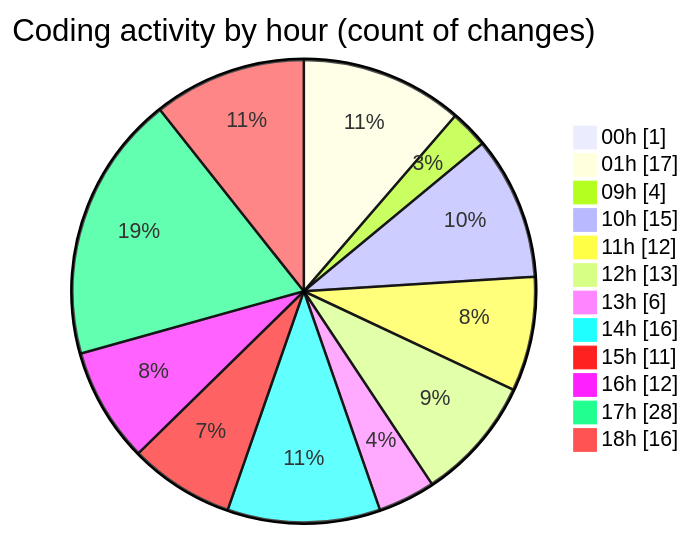
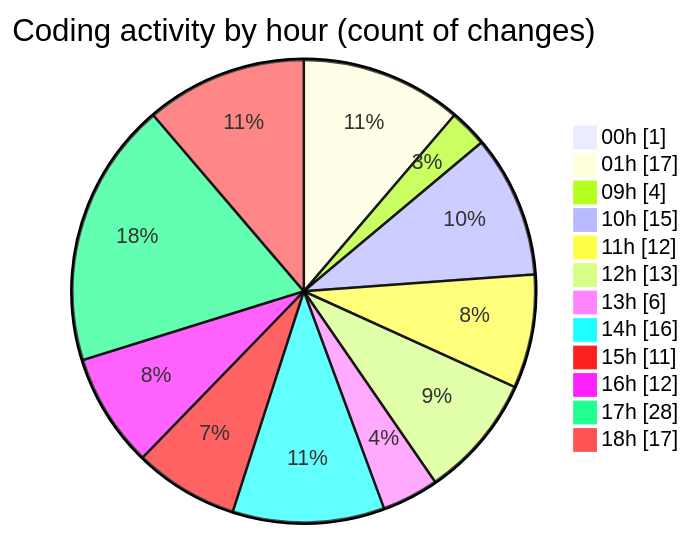
Before and after one commit to julien-gomy/code-tracking: the second of 2 diagrams in 2025-11-01/cdp_aleoudev_fr__workspace_/README.md, drawn with Mermaid. The commit also changed other lines of this file and 1 other file, not shown here.

````diff
--- a/2025-11-01/cdp_aleoudev_fr__workspace_/README.md
+++ b/2025-11-01/cdp_aleoudev_fr__workspace_/README.md
@@ -49,16 +49,16 @@
 ```mermaid
 pie showData
 title Coding activity by hour (count of changes)
 "00h" : 1
 "01h" : 17
 "09h" : 4
 "10h" : 15
 "11h" : 12
 "12h" : 13
 "13h" : 6
 "14h" : 16
 "15h" : 11
 "16h" : 12
 "17h" : 28
-"18h" : 16
+"18h" : 17
 ```
````
